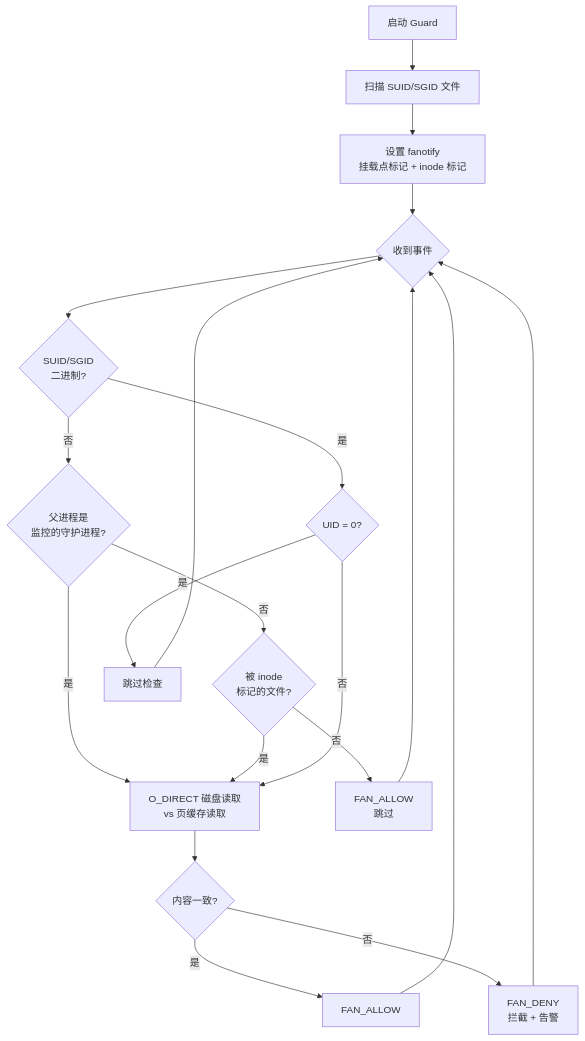
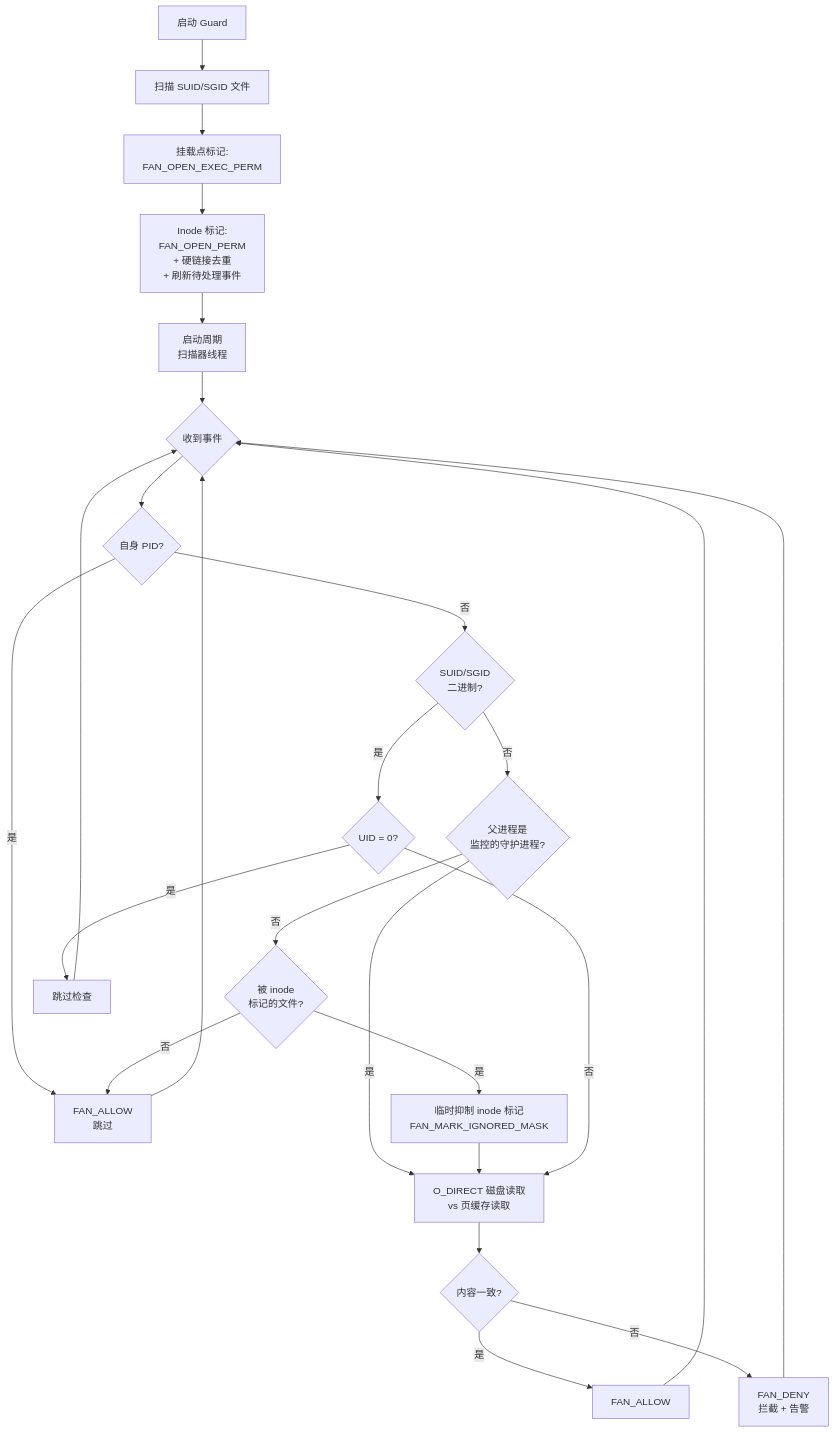
The diagram in README.zh-CN.md (0xlane/pagecache-guard), drawn with Mermaid before and after one commit. The commit also changed other lines of this file and 1 other file, not shown here.

````diff
--- a/README.zh-CN.md
+++ b/README.zh-CN.md
@@ -52,28 +72,33 @@
 ```mermaid
 flowchart TD
     A[启动 Guard] --> B[扫描 SUID/SGID 文件]
-    B --> C[设置 fanotify\n挂载点标记 + inode 标记]
-    C --> D{收到事件}
+    B --> C[挂载点标记:\nFAN_OPEN_EXEC_PERM]
+    C --> C2[Inode 标记:\nFAN_OPEN_PERM\n+ 硬链接去重\n+ 刷新待处理事件]
+    C2 --> C3[启动周期\n扫描器线程]
+    C3 --> D{收到事件}
 
-    D --> E{SUID/SGID\n二进制?}
+    D --> S{自身 PID?}
+    S -- 是 --> Q
+    S -- 否 --> E{SUID/SGID\n二进制?}
     E -- 是 --> G{UID = 0?}
     E -- 否 --> F{父进程是\n监控的守护进程?}
 
     F -- 是 --> I
     F -- 否 --> P{被 inode\n标记的文件?}
 
-    P -- 是 --> I
+    P -- 是 --> IM[临时抑制 inode 标记\nFAN_MARK_IGNORED_MASK]
+    IM --> I
     P -- 否 --> Q[FAN_ALLOW\n跳过]
 
     G -- 是 --> H[跳过检查]
     G -- 否 --> I[O_DIRECT 磁盘读取\nvs 页缓存读取]
 
     I --> J{内容一致?}
     J -- 是 --> K[FAN_ALLOW]
     J -- 否 --> L[FAN_DENY\n拦截 + 告警]
 
     Q --> D
     H --> D
     K --> D
     L --> D
 ```
````
